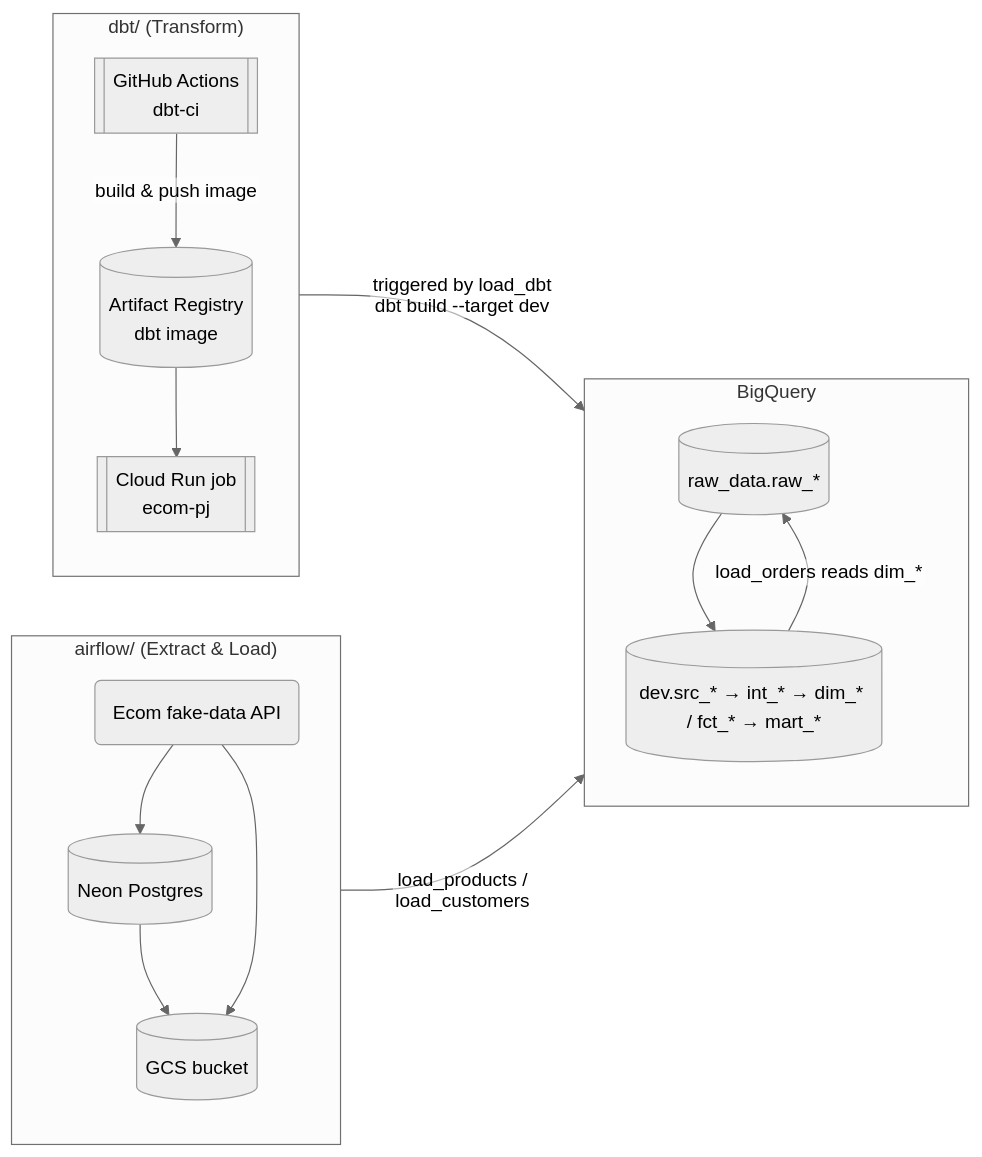
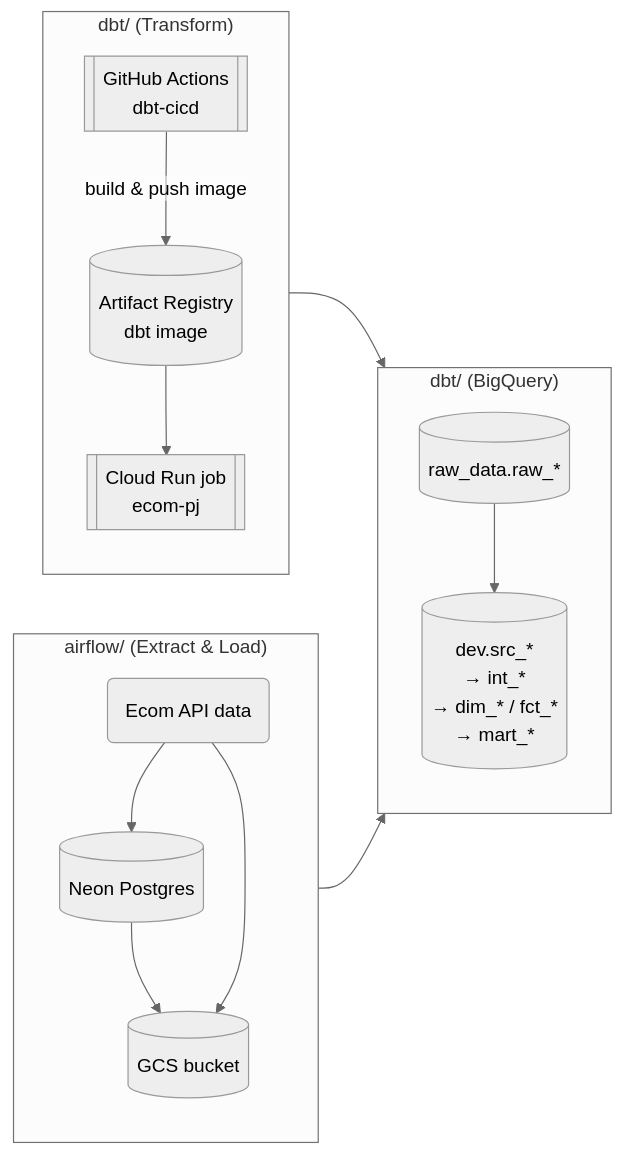
Before and after one commit to candychen00/faker-ecom-project__airflow_dbt: the first of 3 diagrams in README.md, drawn with Mermaid (neutral theme). The commit also changed other lines of this file and 1 other file, not shown here.

````diff
--- a/README.md
+++ b/README.md
@@ -29,32 +31,31 @@
 ```mermaid
 %%{init: {"flowchart": {"htmlLabels": false}}}%%
 flowchart LR
     subgraph AF["airflow/  (Extract & Load)"]
         direction TB
-        API(Ecom fake-data API)
+        API(Ecom API data)
         PG[(Neon Postgres)]
         GCS[(GCS bucket)]
     end
 
-    subgraph BQ["BigQuery"]
+    subgraph BQ["dbt/  (BigQuery)"]
         direction TB
         RAW[(raw_data.raw_*)]
-        DEV[(dev.src_* → int_* → dim_* / fct_* → mart_*)]
+        DEV[(dev.src_*<br>→ int_*<br>→ dim_* / fct_*<br>→ mart_*)]
     end
 
     subgraph DBT["dbt/  (Transform)"]
         direction TB
-        GH[[GitHub Actions<br>dbt-ci]]
+        GH[[GitHub Actions<br>dbt-cicd]]
         GAR[(Artifact Registry<br>dbt image)]
         CR[[Cloud Run job<br>ecom-pj]]
     end
 
     API --> PG --> GCS
     API --> GCS
-    GCS -- "load_products / load_customers" --> RAW
-    DEV -- "load_orders reads dim_*" --> RAW
+    GCS --> RAW
 
     GH -- "build & push image" --> GAR --> CR
-    CR -- "triggered by load_dbt<br>dbt build --target dev" --> DEV
+    CR --> DEV
     RAW --> DEV
 ```
````
